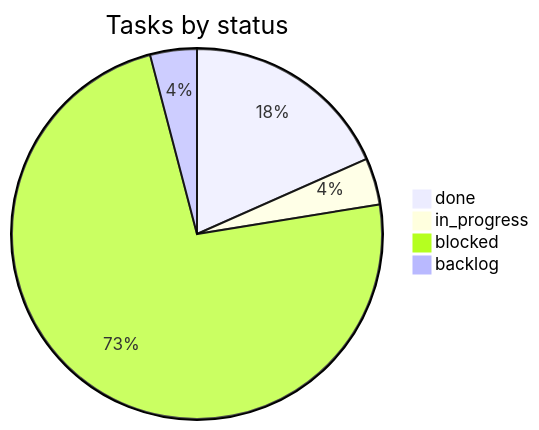
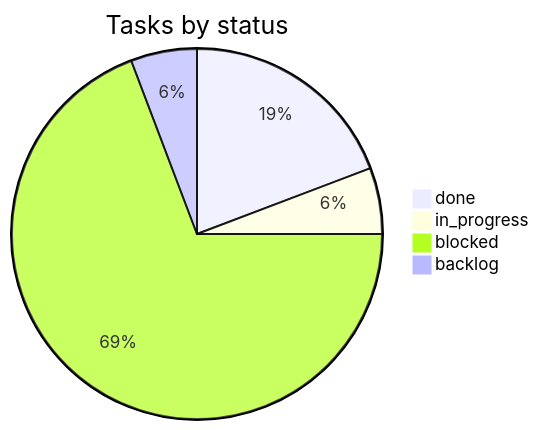
Before and after one commit to vulcanflow/docs: the second of 2 diagrams in PROGRESS.md, drawn with Mermaid. The commit also changed other lines of this file and 1 other file, not shown here.

Commit message:
progress: 1 delivery (VFL-50) (#56)

````diff
--- a/PROGRESS.md
+++ b/PROGRESS.md
@@ -56,7 +56,7 @@
 ```mermaid
 pie title Tasks by status
-  "done" : 9
-  "in_progress" : 2
+  "done" : 10
+  "in_progress" : 3
   "blocked" : 36
-  "backlog" : 2
+  "backlog" : 3
 ```
````
